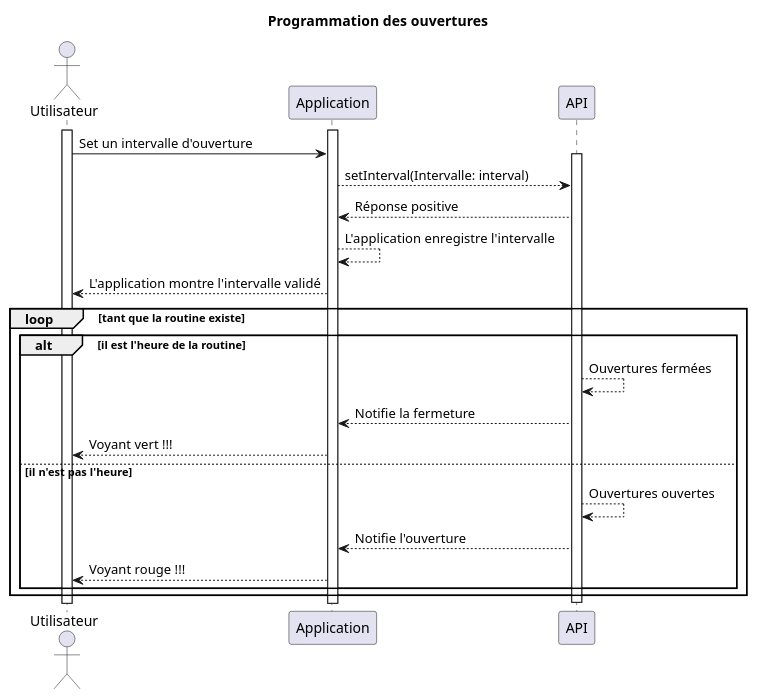
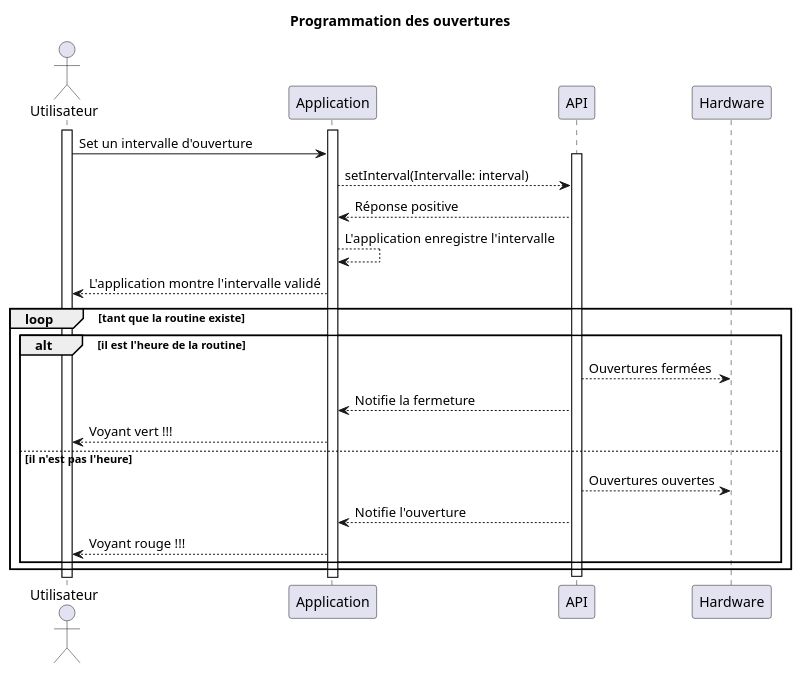
One commit to chauffapagnan/documentation changed the diagram in diagrams/seq/program_openings.puml. Above: the diagram before and after it, drawn with PlantUML. The commit also changed 4 other files, not shown here.

Commit message:
📝 mise à jour des diagrammes de séquence

```diff
--- a/diagrams/seq/program_openings.puml
+++ b/diagrams/seq/program_openings.puml
@@ -1,35 +1,36 @@
 @startuml
 
 title Programmation des ouvertures
 
 actor Utilisateur
 
 activate Utilisateur
 activate Application
 participant API
+participant Hardware
 
 Utilisateur -> Application: Set un intervalle d'ouverture
 
 
 activate API
 Application --> API: setInterval(Intervalle: interval)
 API --> Application: Réponse positive
 
 Application --> Application: L'application enregistre l'intervalle
 Application --> Utilisateur: L'application montre l'intervalle validé
 
 loop tant que la routine existe
     alt il est l'heure de la routine
-        API --> API: Ouvertures fermées
+        API --> Hardware: Ouvertures fermées
         API --> Application: Notifie la fermeture
         Application --> Utilisateur: Voyant vert !!!
     else il n'est pas l'heure
-        API --> API: Ouvertures ouvertes
+        API --> Hardware: Ouvertures ouvertes
         API --> Application: Notifie l'ouverture
         Application --> Utilisateur: Voyant rouge !!!
     end
 end
 
 deactivate API
 
 @enduml
```
